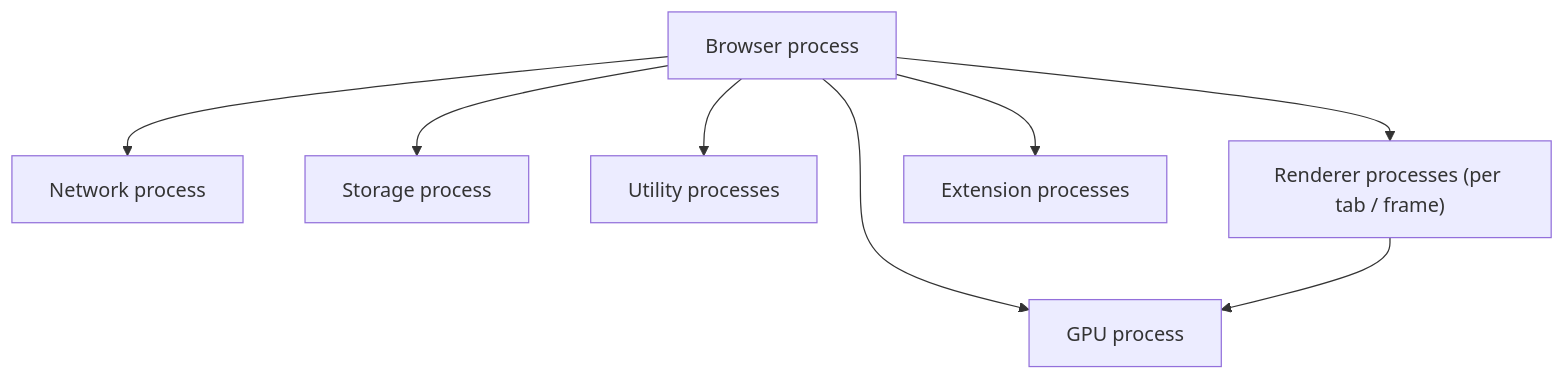
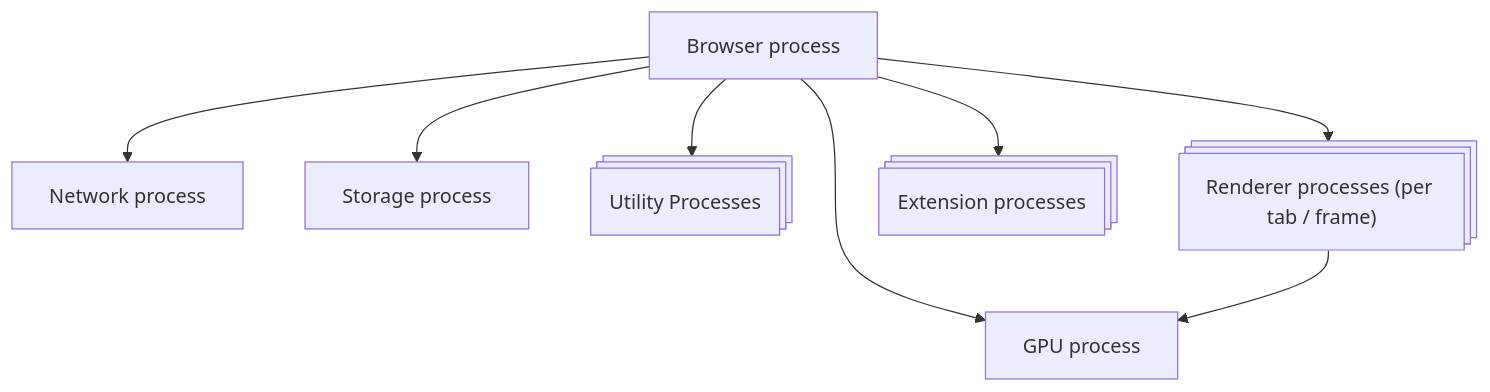
One commit to amortemousque/portfolio changed the first of 2 diagrams in posts/markdown/browser-architecture.md. Above: the diagram before and after it, drawn with Mermaid. The commit also changed other lines of this file, not shown here.

````diff
--- a/posts/markdown/browser-architecture.md
+++ b/posts/markdown/browser-architecture.md
@@ -15,18 +15,18 @@
 ```mermaid
 graph TD
   Browser["Browser process"]
   Network["Network process"]
   Storage["Storage process"]
   GPU["GPU process"]
-  Utility["Utility processes"]
-  Renderer["Renderer processes (per tab / frame)"]
-  Extension["Extension processes"]
+  Utility@{ shape: procs, label: "Utility Processes"}
+  Renderer@{ shape: procs, label: "Renderer processes (per tab / frame)"}
+  Extension@{ shape: procs, label: "Extension processes"}
 
   Browser --> Network
   Browser --> Storage
   Browser --> GPU
   Browser --> Utility
   Browser --> Renderer
   Browser --> Extension
   Renderer --> GPU
 ```
````
